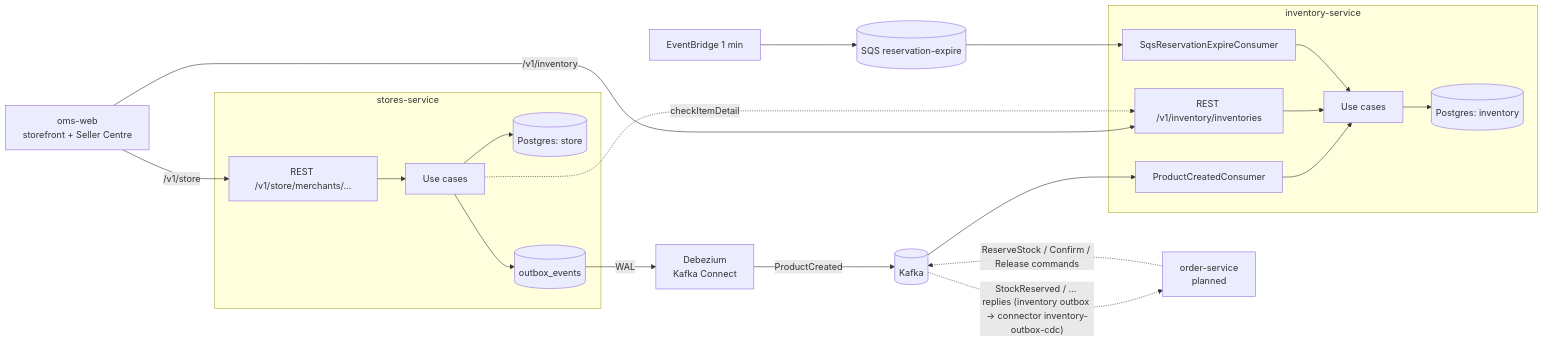
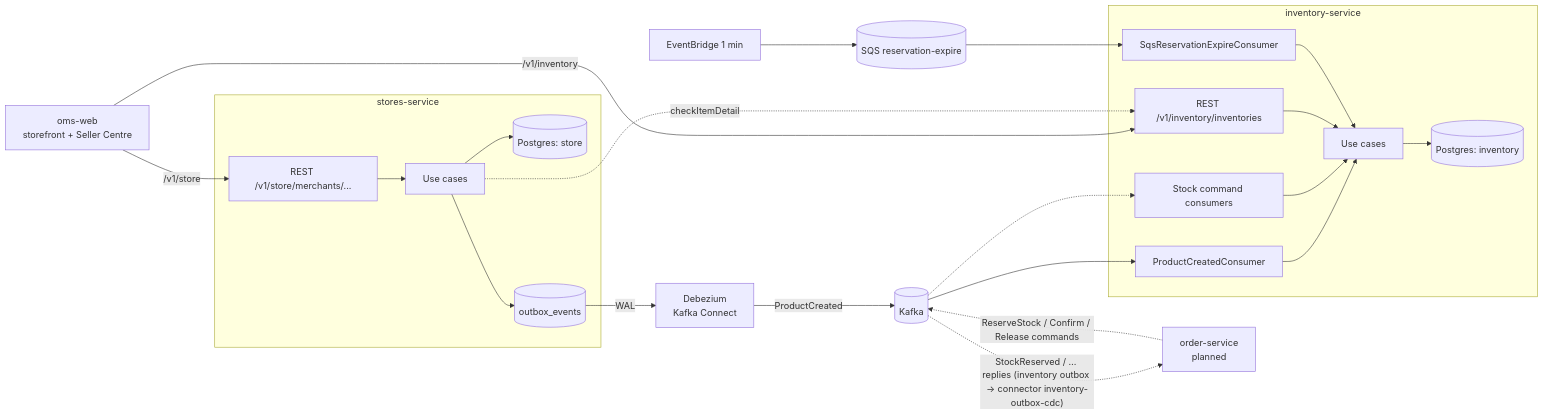
Before and after one commit to domt97/oms-workspace: the diagram in architecture/system-overview.md, drawn with Mermaid. The commit also changed other lines of this file and 12 other files, not shown here.

First line of the commit message:
docs: inventory stock command consumers built (ADR 0006)

````diff
--- a/architecture/system-overview.md
+++ b/architecture/system-overview.md
@@ -3,23 +3,25 @@
 ```mermaid
 flowchart LR
     subgraph stores-service
         SAPI[REST /v1/store/merchants/...] --> SUC[Use cases]
         SUC --> SDB[(Postgres: store)]
         SUC --> OB[(outbox_events)]
     end
     OB -- WAL --> DBZ[Debezium<br/>Kafka Connect]
     DBZ -- ProductCreated --> K[(Kafka)]
     K --> PC[ProductCreatedConsumer]
+    K -.-> SC[Stock command consumers]
     subgraph inventory-service
         PC --> IUC[Use cases]
+        SC --> IUC
         IAPI[REST /v1/inventory/inventories] --> IUC
         SQS[SqsReservationExpireConsumer] --> IUC
         IUC --> IDB[(Postgres: inventory)]
     end
     EB[EventBridge 1 min] --> Q[(SQS reservation-expire)] --> SQS
     ORD[order-service<br/>planned] -. ReserveStock / Confirm / Release commands .-> K
     K -. StockReserved / … replies (inventory outbox → connector inventory-outbox-cdc) .-> ORD
     WEB[oms-web<br/>storefront + Seller Centre] -- /v1/store --> SAPI
     WEB -- /v1/inventory --> IAPI
     SUC -. checkItemDetail .-> IAPI
 ```
````
